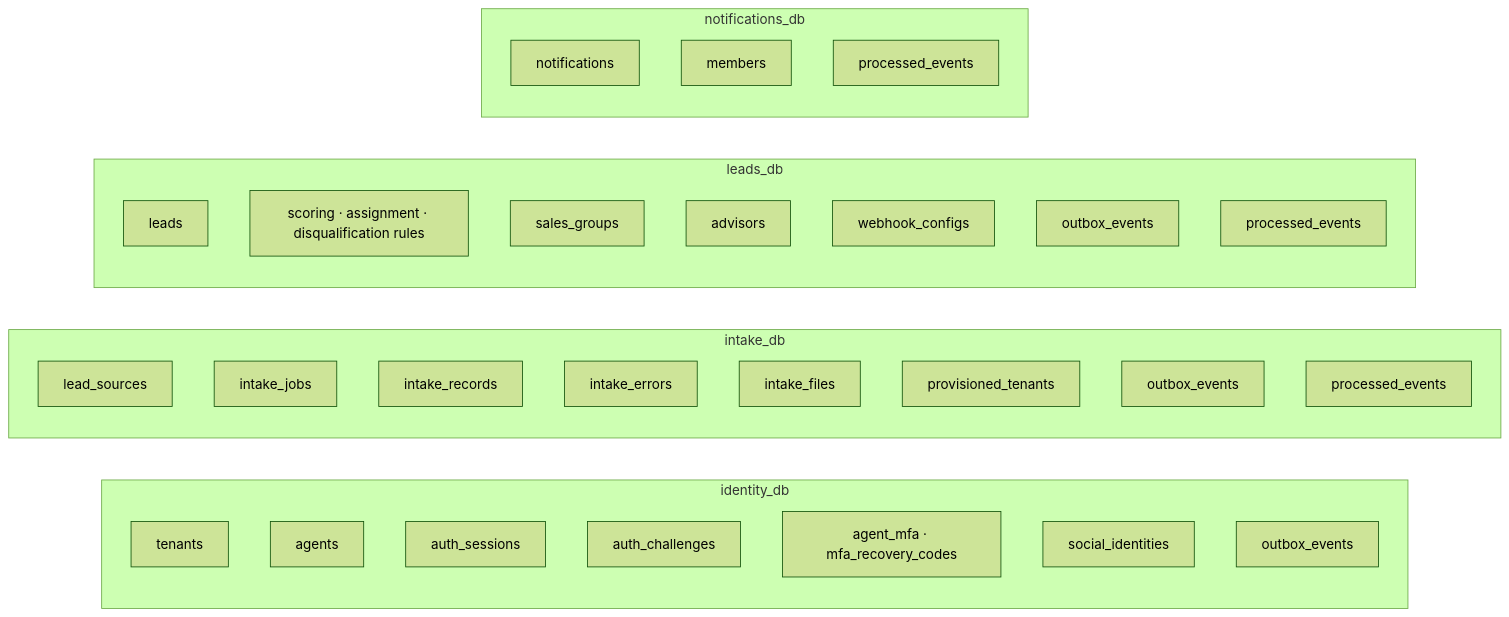
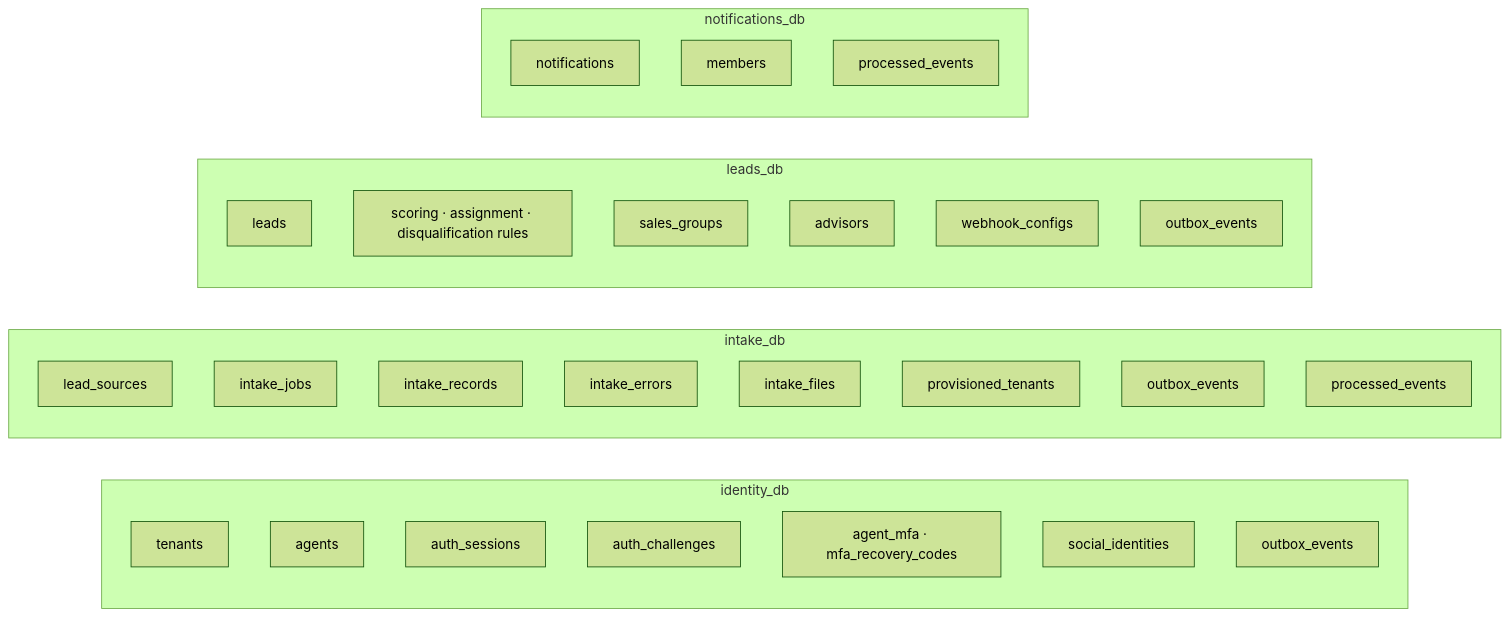
Before and after one commit to MDCIrony/leads-hexa: the first of 3 diagrams in docs/content/microservices/02-servicios-y-datos.md, drawn with Mermaid (forest theme). The commit also changed other lines of this file and 9 other files, not shown here.

````diff
--- a/docs/content/microservices/02-servicios-y-datos.md
+++ b/docs/content/microservices/02-servicios-y-datos.md
@@ -21,18 +21,18 @@
 ```mermaid
 flowchart LR
     subgraph identity_db
         T["tenants"]; A["agents"]; S["auth_sessions"]; C["auth_challenges"]
         M["agent_mfa · mfa_recovery_codes"]; SI["social_identities"]; O1["outbox_events"]
     end
     subgraph intake_db
         LS["lead_sources"]; J["intake_jobs"]; R["intake_records"]; E["intake_errors"]
         F["intake_files"]; PT["provisioned_tenants"]; O2["outbox_events"]; P2["processed_events"]
     end
     subgraph leads_db
         L["leads"]; RU["scoring · assignment · disqualification rules"]; G["sales_groups"]
-        AD["advisors"]; WH["webhook_configs"]; O3["outbox_events"]; P3["processed_events"]
+        AD["advisors"]; WH["webhook_configs"]; O3["outbox_events"]
     end
     subgraph notifications_db
         N["notifications"]; ME["members"]; P4["processed_events"]
     end
 ```
````
